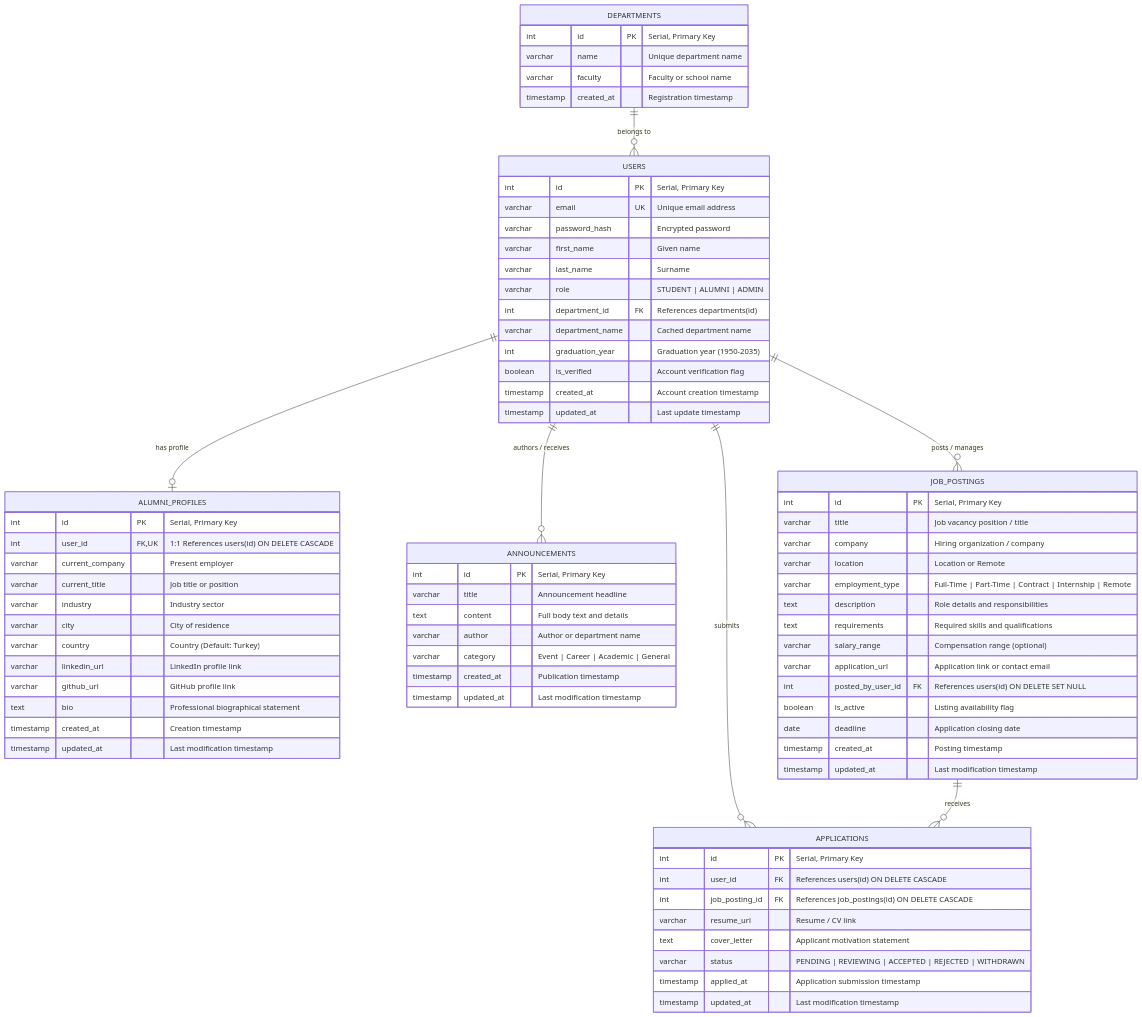
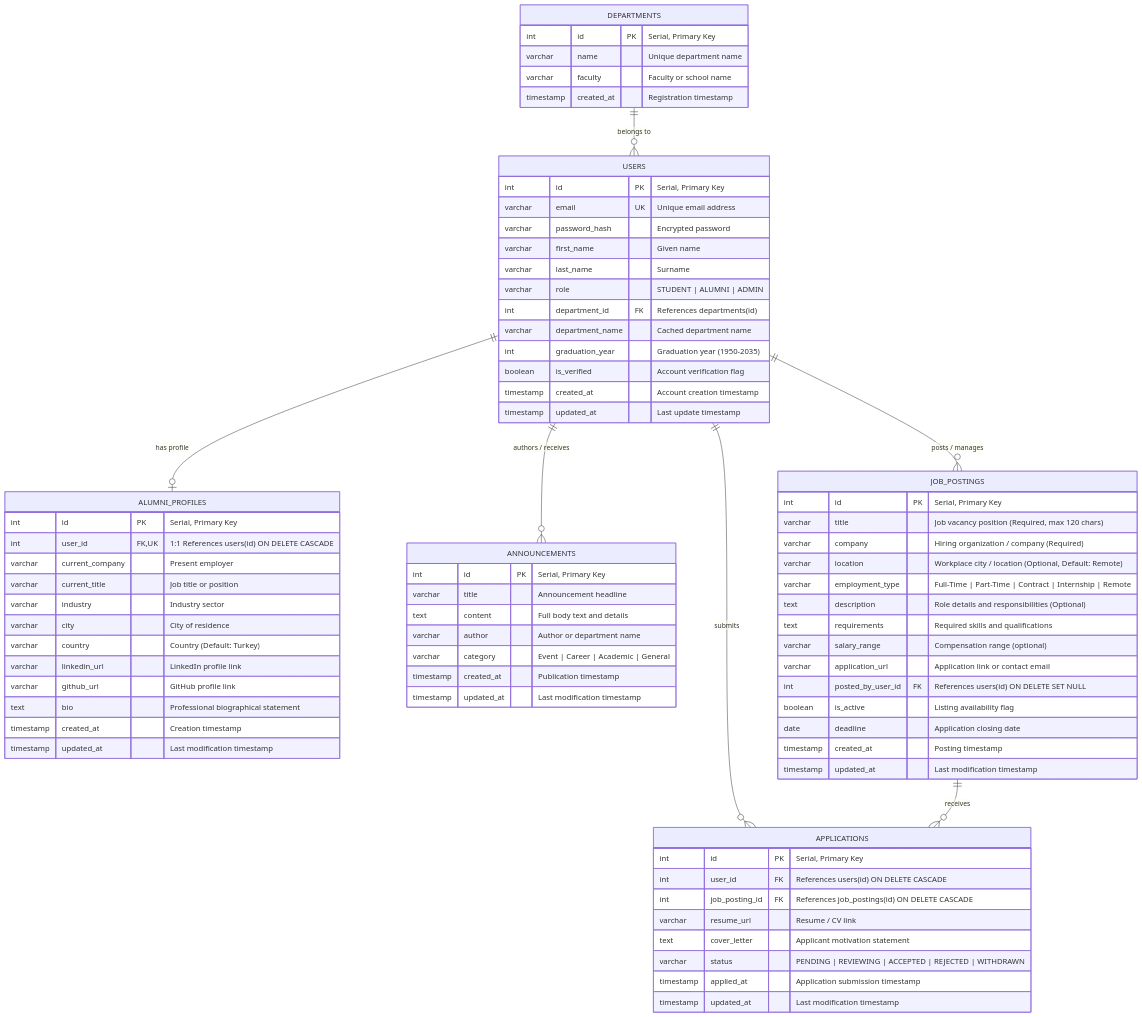
One commit to ceydasenemyigit/alumni changed the diagram in ddd.md. Above: the diagram before and after it, drawn with Mermaid. The commit also changed other lines of this file and 17 other files, not shown here.

```diff
--- a/ddd.md
+++ b/ddd.md
@@ -87,11 +87,11 @@
 
     JOB_POSTINGS {
         int id PK "Serial, Primary Key"
-        varchar title "Job vacancy position / title"
-        varchar company "Hiring organization / company"
-        varchar location "Location or Remote"
+        varchar title "Job vacancy position (Required, max 120 chars)"
+        varchar company "Hiring organization / company (Required)"
+        varchar location "Workplace city / location (Optional, Default: Remote)"
         varchar employment_type "Full-Time | Part-Time | Contract | Internship | Remote"
-        text description "Role details and responsibilities"
+        text description "Role details and responsibilities (Optional)"
         text requirements "Required skills and qualifications"
         varchar salary_range "Compensation range (optional)"
         varchar application_url "Application link or contact email"
```
